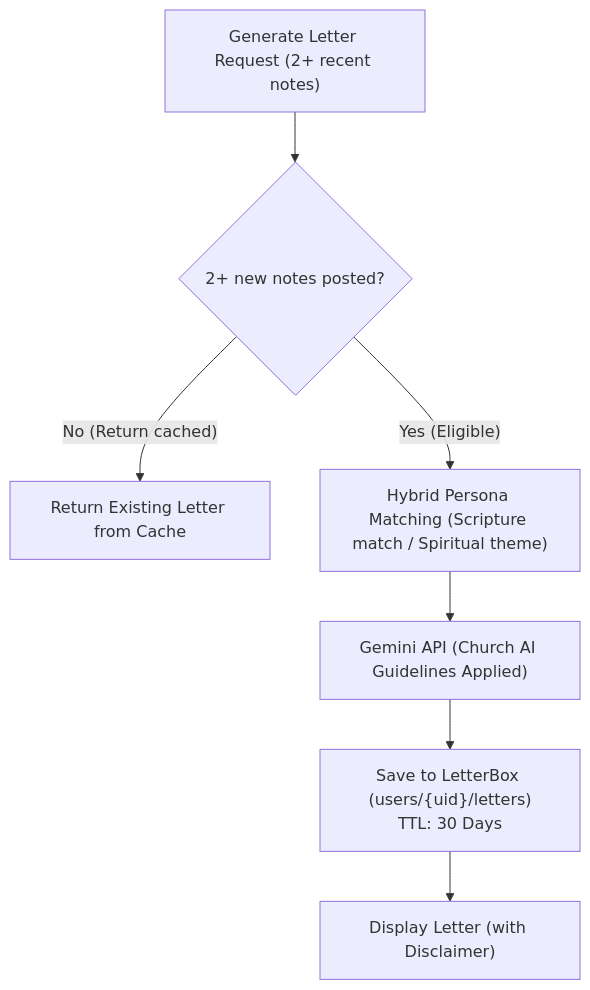
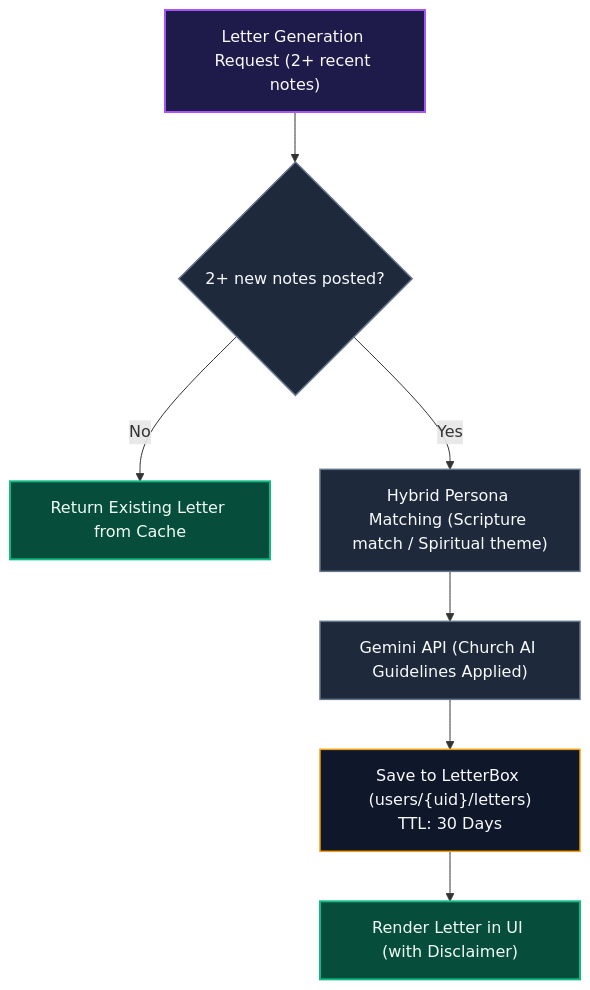
The diagram in docs/feature-ai-integration.md (ScriptureHabit/scripture-habit), drawn with Mermaid before and after one commit. The commit also changed other lines of this file and 57 other files, not shown here.

Commit message:
docs: refine documentation prose and add structured diagram breakdowns across JA and EN

````diff
--- a/docs/feature-ai-integration.md
+++ b/docs/feature-ai-integration.md
@@ -41,9 +41,14 @@
 ```mermaid
 flowchart TD
-    Request["Generate Letter Request (2+ recent notes)"] --> CheckCooldown{"2+ new notes posted?"}
-    CheckCooldown -- "No (Return cached)" --> ReturnCache["Return Existing Letter from Cache"]
-    CheckCooldown -- "Yes (Eligible)" --> PersonaMatch["Hybrid Persona Matching (Scripture match / Spiritual theme)"]
-    PersonaMatch --> CallGemini["Gemini API (Church AI Guidelines Applied)"]
-    CallGemini --> SaveDB["Save to LetterBox (users/{uid}/letters)<br/>TTL: 30 Days"]
-    SaveDB --> Deliver["Display Letter (with Disclaimer)"]
+    classDef req fill:#1e1b4b,stroke:#a855f7,stroke-width:2px,color:#f8fafc;
+    classDef step fill:#1e293b,stroke:#64748b,stroke-width:1.5px,color:#f8fafc;
+    classDef db fill:#0f172a,stroke:#f59e0b,stroke-width:1.5px,color:#f8fafc;
+    classDef deliver fill:#064e3b,stroke:#10b981,stroke-width:2px,color:#f0fdf4;
+
+    Request["Letter Generation Request (2+ recent notes)"]:::req --> CheckCooldown{"2+ new notes posted?"}:::step
+    CheckCooldown -- "No" --> ReturnCache["Return Existing Letter from Cache"]:::deliver
+    CheckCooldown -- "Yes" --> PersonaMatch["Hybrid Persona Matching (Scripture match / Spiritual theme)"]:::step
+    PersonaMatch --> CallGemini["Gemini API (Church AI Guidelines Applied)"]:::step
+    CallGemini --> SaveDB["Save to LetterBox (users/{uid}/letters)<br/>TTL: 30 Days"]:::db
+    SaveDB --> Deliver["Render Letter in UI (with Disclaimer)"]:::deliver
 ```
````
